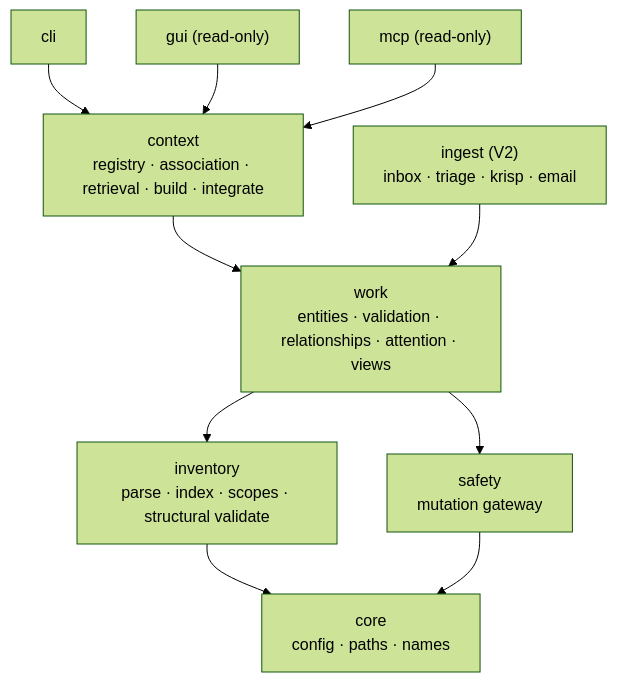
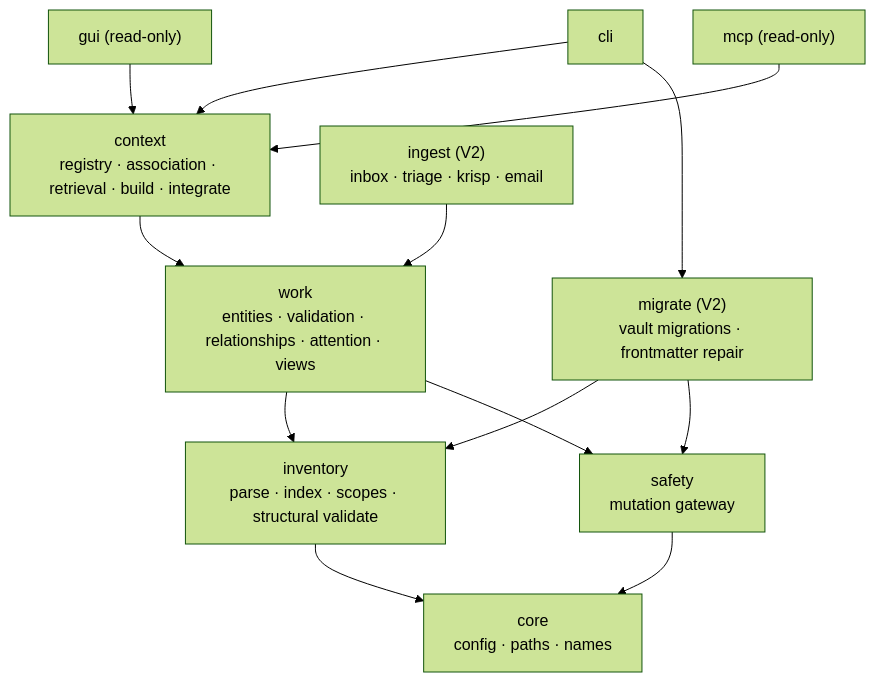
Before and after one commit to creesem/WorkSync: the diagram in docs/architecture.md, drawn with Mermaid (forest theme). The commit also changed other lines of this file and 16 other files, not shown here.

First line of the commit message:
feat: repair malformed frontmatter as a gated migration

````diff
--- a/docs/architecture.md
+++ b/docs/architecture.md
@@ -10,25 +10,29 @@
 ```mermaid
 flowchart TD
     accTitle: WorkSync dependency direction
     accDescr: core is the shared kernel; inventory and safety are foundations; work, context and ingest build upward; cli, gui and mcp are consumers.
 
     core["core<br/>config · paths · names"]
     inv["inventory<br/>parse · index · scopes · structural validate"]
     safety["safety<br/>mutation gateway"]
     work["work<br/>entities · validation · relationships · attention · views"]
+    migrate["migrate (V2)<br/>vault migrations · frontmatter repair"]
     ctx["context<br/>registry · association · retrieval · build · integrate"]
     ingest["ingest (V2)<br/>inbox · triage · krisp · email"]
     cli["cli"]
     gui["gui (read-only)"]
     mcp["mcp (read-only)"]
 
     inv --> core
     safety --> core
     work --> inv
     work --> safety
+    migrate --> inv
+    migrate --> safety
     ctx --> work
     ingest --> work
     cli --> ctx
+    cli --> migrate
     gui --> ctx
     mcp --> ctx
 ```
````
